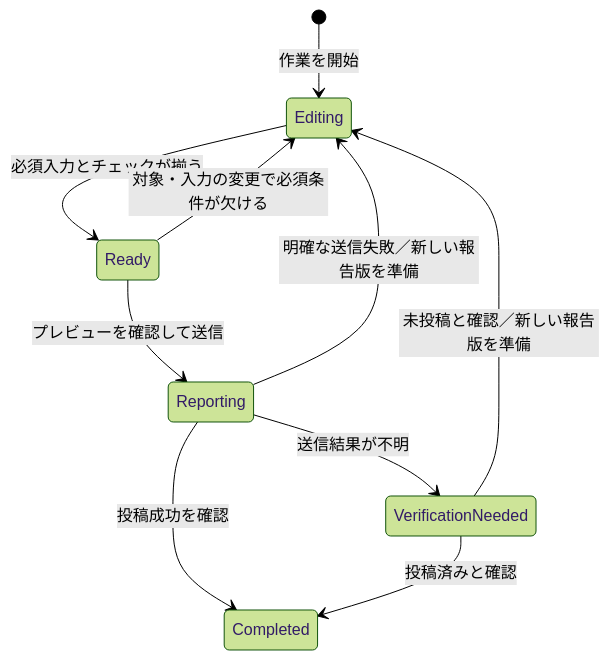
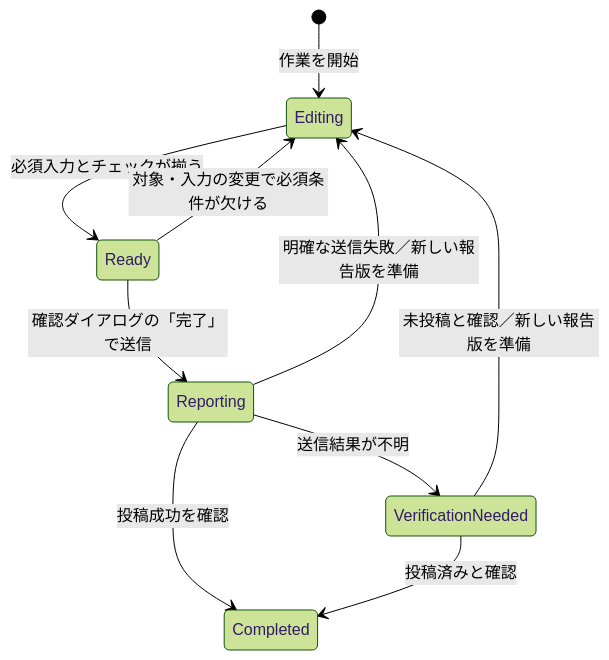
One commit to nto300002/kiiya-cleaning-checker changed the first of 4 diagrams in docs/state-transitions.md. Above: the diagram before and after it, drawn with Mermaid (forest theme). The commit also changed other lines of this file and 2 other files, not shown here.

````diff
--- a/docs/state-transitions.md
+++ b/docs/state-transitions.md
@@ -39,12 +39,12 @@
 ```mermaid
 stateDiagram-v2
     [*] --> Editing: 作業を開始
     Editing --> Ready: 必須入力とチェックが揃う
     Ready --> Editing: 対象・入力の変更で必須条件が欠ける
-    Ready --> Reporting: プレビューを確認して送信
+    Ready --> Reporting: 確認ダイアログの「完了」で送信
     Reporting --> Completed: 投稿成功を確認
     Reporting --> Editing: 明確な送信失敗／新しい報告版を準備
     Reporting --> VerificationNeeded: 送信結果が不明
     VerificationNeeded --> Completed: 投稿済みと確認
     VerificationNeeded --> Editing: 未投稿と確認／新しい報告版を準備
 ```
````
